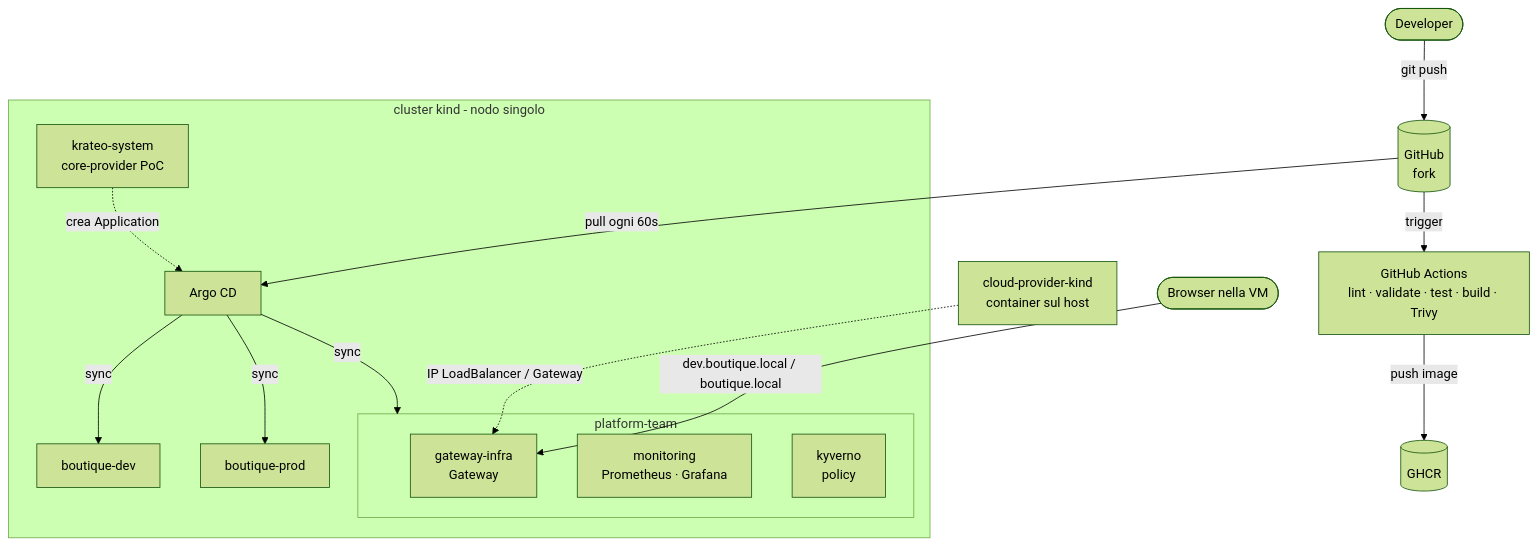
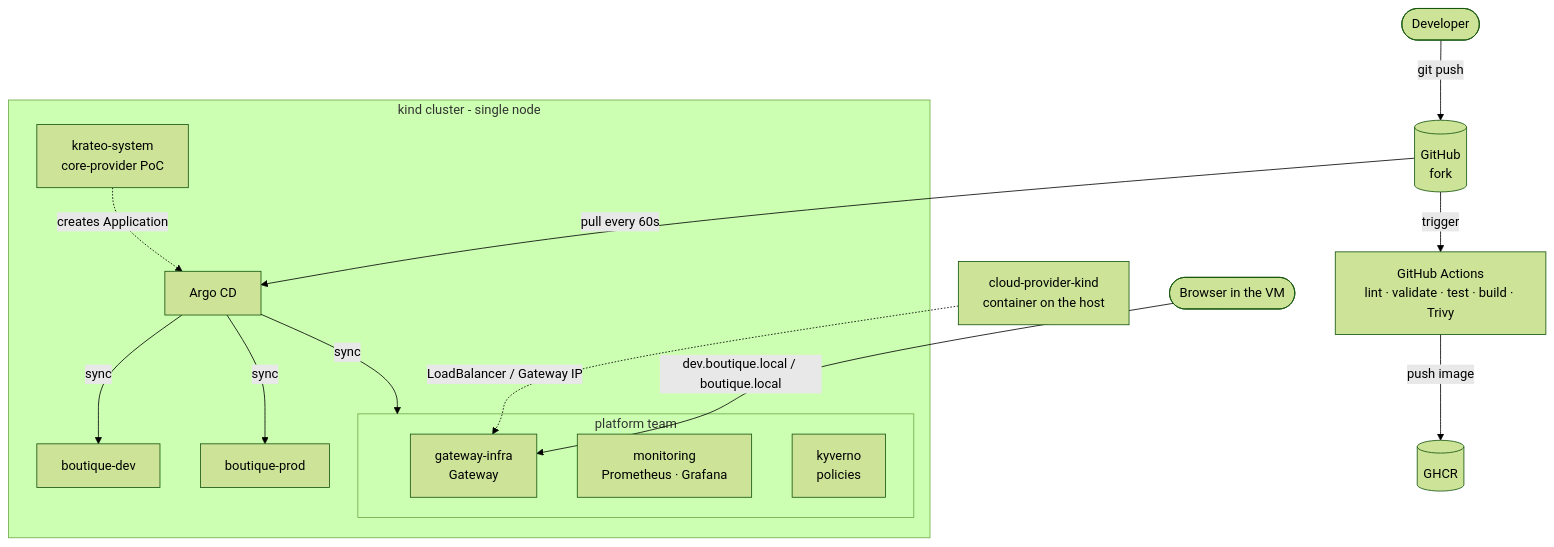
Before and after one commit to gdescalzo2/microservices-demo: the third of 3 diagrams in docs/challenge/architecture.md, drawn with Mermaid (forest theme). The commit also changed other lines of this file and 6 other files, not shown here.

````diff
--- a/docs/challenge/architecture.md
+++ b/docs/challenge/architecture.md
@@ -116,22 +119,22 @@
 ```mermaid
 flowchart TB
   dev([Developer]) -- git push --> gh[(GitHub<br/>fork)]
   gh -- trigger --> ci[GitHub Actions<br/>lint · validate · test · build · Trivy]
   ci -- push image --> ghcr[(GHCR)]
-  subgraph kind[cluster kind - nodo singolo]
+  subgraph kind[kind cluster - single node]
     argo[Argo CD]
-    subgraph platform[platform-team]
+    subgraph platform[platform team]
       gwi[gateway-infra<br/>Gateway]
       mon[monitoring<br/>Prometheus · Grafana]
-      kyv[kyverno<br/>policy]
+      kyv[kyverno<br/>policies]
     end
     devns[boutique-dev]
     prodns[boutique-prod]
     krateo[krateo-system<br/>core-provider PoC]
   end
-  gh -- pull ogni 60s --> argo
+  gh -- pull every 60s --> argo
   argo -- sync --> platform & devns & prodns
-  krateo -. crea Application .-> argo
-  cpk[cloud-provider-kind<br/>container sul host] -. IP LoadBalancer / Gateway .-> gwi
-  browser([Browser nella VM]) -- dev.boutique.local / boutique.local --> gwi
+  krateo -. creates Application .-> argo
+  cpk[cloud-provider-kind<br/>container on the host] -. LoadBalancer / Gateway IP .-> gwi
+  browser([Browser in the VM]) -- dev.boutique.local / boutique.local --> gwi
 ```
````
